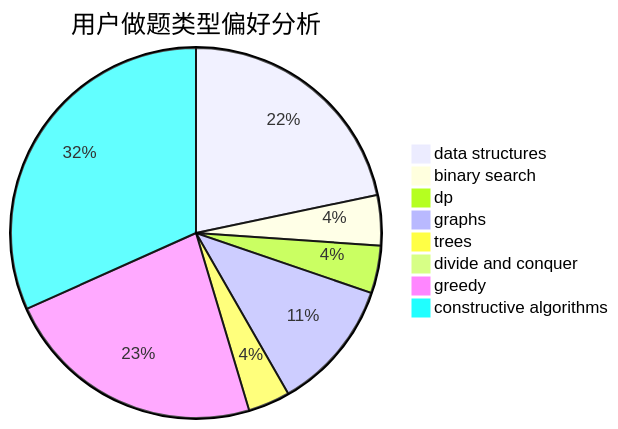
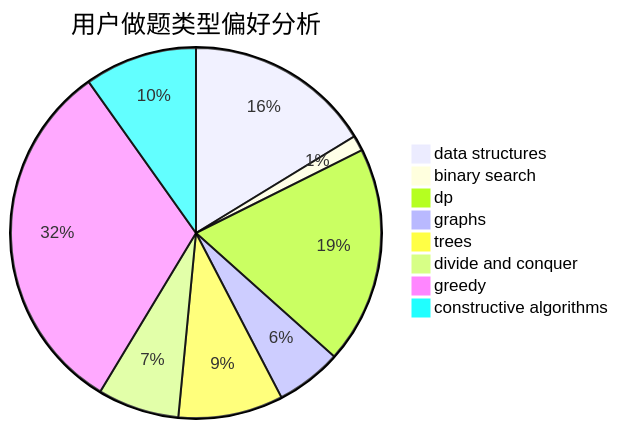
The second of 3 diagrams in docs/user/u2158.md (sherpahu/cfrs.github.io), drawn with Mermaid before and after one commit. The commit also changed other lines of this file and 2770 other files, not shown here.

````diff
--- a/docs/user/u2158.md
+++ b/docs/user/u2158.md
@@ -23,11 +23,11 @@
 ```mermaid
 pie title 用户做题类型偏好分析
-    "data structures" :  89
-    "binary search" :  18
-    "dp" :  17
-    "graphs" :  47
-    "trees" :  15
-    "divide and conquer" :  0
-    "greedy" :  94
-    "constructive algorithms" :  130
+    "data structures" :  48
+    "binary search" :  4
+    "dp" :  56
+    "graphs" :  17
+    "trees" :  27
+    "divide and conquer" :  21
+    "greedy" :  93
+    "constructive algorithms" :  29
 ```
````
